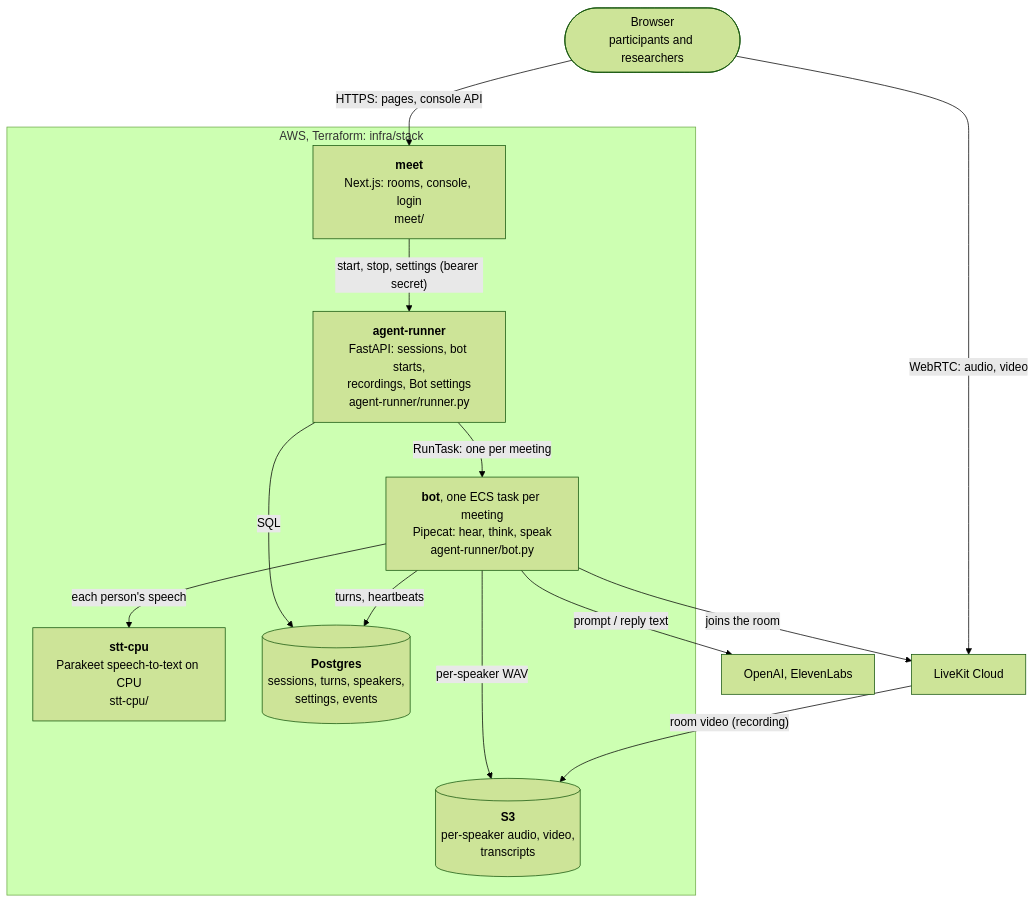
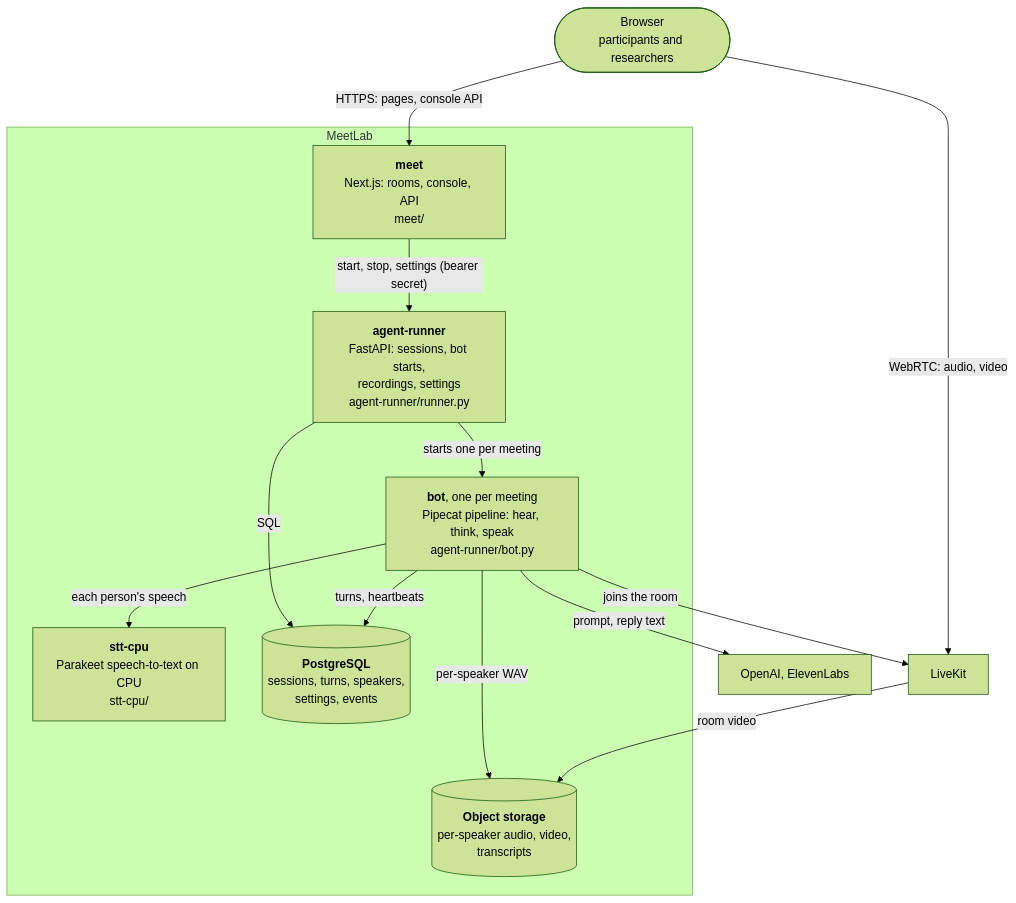
The second of 3 diagrams in README.md (wwbp/MeetLab), drawn with Mermaid (forest theme) before and after one commit. The commit also changed other lines of this file and 1 other file, not shown here.

First line of the commit message:
docs: README for outside contributors (C4, sequence diagram, design decisions); operations moved to deployment.md

````diff
--- a/README.md
+++ b/README.md
@@ -43,25 +68,25 @@
 ```mermaid
 flowchart TB
   browser(["Browser<br/>participants and researchers"])
-  subgraph aws["AWS, Terraform: infra/stack"]
-    meet["<b>meet</b><br/>Next.js: rooms, console, login<br/>meet/"]
-    runner["<b>agent-runner</b><br/>FastAPI: sessions, bot starts,<br/>recordings, Bot settings<br/>agent-runner/runner.py"]
-    bots["<b>bot</b>, one ECS task per meeting<br/>Pipecat: hear, think, speak<br/>agent-runner/bot.py"]
+  subgraph system["MeetLab"]
+    meet["<b>meet</b><br/>Next.js: rooms, console, API<br/>meet/"]
+    runner["<b>agent-runner</b><br/>FastAPI: sessions, bot starts,<br/>recordings, settings<br/>agent-runner/runner.py"]
+    bots["<b>bot</b>, one per meeting<br/>Pipecat pipeline: hear, think, speak<br/>agent-runner/bot.py"]
     stt["<b>stt-cpu</b><br/>Parakeet speech-to-text on CPU<br/>stt-cpu/"]
-    db[("<b>Postgres</b><br/>sessions, turns, speakers,<br/>settings, events")]
-    s3[("<b>S3</b><br/>per-speaker audio, video,<br/>transcripts")]
+    db[("<b>PostgreSQL</b><br/>sessions, turns, speakers,<br/>settings, events")]
+    store[("<b>Object storage</b><br/>per-speaker audio, video,<br/>transcripts")]
   end
-  livekit["LiveKit Cloud"]
+  livekit["LiveKit"]
   vendors["OpenAI, ElevenLabs"]
   browser -- "HTTPS: pages, console API" --> meet
   browser -- "WebRTC: audio, video" --> livekit
   meet -- "start, stop, settings (bearer secret)" --> runner
-  runner -- "RunTask: one per meeting" --> bots
+  runner -- "starts one per meeting" --> bots
   runner -- "SQL" --> db
   bots -- "joins the room" --> livekit
   bots -- "each person's speech" --> stt
   bots -- "turns, heartbeats" --> db
-  bots -- "per-speaker WAV" --> s3
-  bots -- "prompt / reply text" --> vendors
-  livekit -- "room video (recording)" --> s3
+  bots -- "per-speaker WAV" --> store
+  bots -- "prompt, reply text" --> vendors
+  livekit -- "room video" --> store
 ```
````
